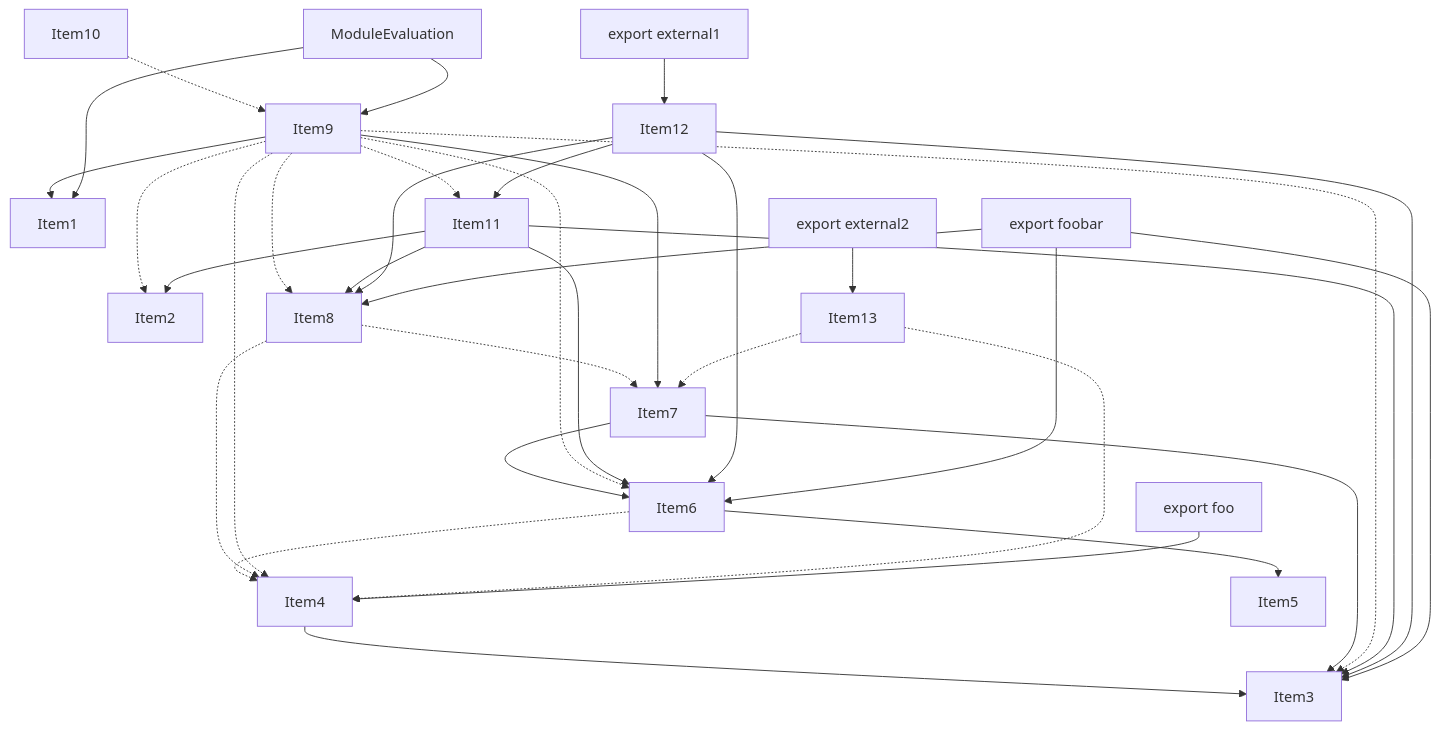
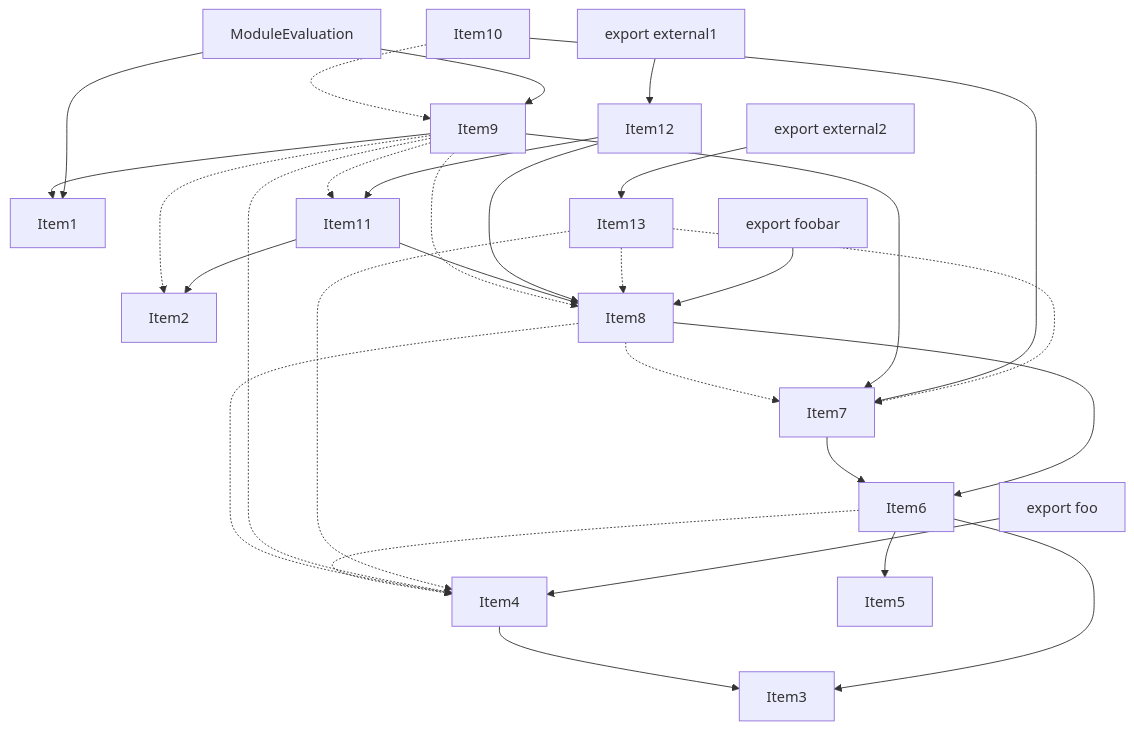
One commit to vercel/turborepo changed the fourth of 5 diagrams in crates/turbopack-ecmascript/tests/tree-shaker/analyzer/1/output.md. Above: the diagram before and after it, drawn with Mermaid. The commit also changed other lines of this file and 3 other files, not shown here.

````diff
--- a/crates/turbopack-ecmascript/tests/tree-shaker/analyzer/1/output.md
+++ b/crates/turbopack-ecmascript/tests/tree-shaker/analyzer/1/output.md
@@ -271,60 +270,55 @@
 ```mermaid
 graph TD
     Item1;
     Item2;
     Item3;
     Item4;
     Item5;
     Item6;
     Item7;
     Item8;
     Item9;
     Item10;
     Item11;
     Item12;
     Item13;
     Item14;
     Item14["ModuleEvaluation"];
     Item15;
     Item15["export foobar"];
     Item16;
     Item16["export foo"];
     Item17;
     Item17["export external1"];
     Item18;
     Item18["export external2"];
     Item4 --> Item3;
     Item6 --> Item5;
+    Item6 --> Item3;
     Item6 -.-> Item4;
-    Item7 --> Item3;
     Item7 --> Item6;
+    Item8 --> Item6;
     Item8 -.-> Item4;
     Item8 -.-> Item7;
     Item9 --> Item7;
     Item9 --> Item1;
     Item9 -.-> Item2;
-    Item9 -.-> Item3;
-    Item9 -.-> Item6;
     Item9 -.-> Item8;
     Item9 -.-> Item4;
     Item9 -.-> Item11;
+    Item10 --> Item7;
     Item10 -.-> Item9;
     Item11 --> Item2;
-    Item11 --> Item3;
-    Item11 --> Item6;
     Item11 --> Item8;
     Item12 --> Item11;
-    Item12 --> Item3;
-    Item12 --> Item6;
     Item12 --> Item8;
     Item13 -.-> Item4;
     Item13 -.-> Item7;
+    Item13 -.-> Item8;
     Item14 --> Item1;
     Item14 --> Item9;
-    Item15 --> Item3;
-    Item15 --> Item6;
     Item15 --> Item8;
     Item16 --> Item4;
     Item17 --> Item12;
     Item18 --> Item13;
 ```
````
